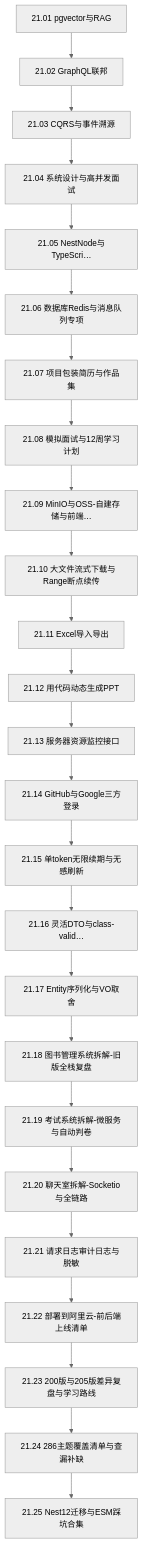
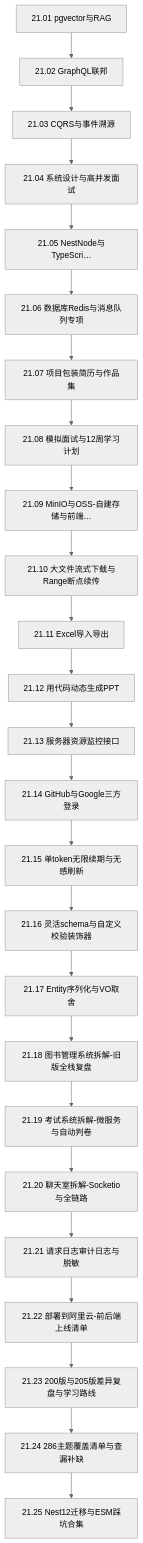
One commit to flylea/notes changed the diagram in docs/nest/book/ch-21-求职与补遗/_chapter.md. Above: the diagram before and after it, drawn with Mermaid (neutral theme). The commit also changed other lines of this file and 84 other files, not shown here.

First line of the commit message:
refactor(nest): migrate validation from class-validator to Standard Schema (zod 4)

````diff
--- a/docs/nest/book/ch-21-求职与补遗/_chapter.md
+++ b/docs/nest/book/ch-21-求职与补遗/_chapter.md
@@ -11,52 +11,52 @@
 ```mermaid
 flowchart TD
   s1["21.01 pgvector与RAG"]
   s2["21.02 GraphQL联邦"]
   s3["21.03 CQRS与事件溯源"]
   s4["21.04 系统设计与高并发面试"]
   s5["21.05 NestNode与TypeScri…"]
   s6["21.06 数据库Redis与消息队列专项"]
   s7["21.07 项目包装简历与作品集"]
   s8["21.08 模拟面试与12周学习计划"]
   s9["21.09 MinIO与OSS-自建存储与前端…"]
   s10["21.10 大文件流式下载与Range断点续传"]
   s11["21.11 Excel导入导出"]
   s12["21.12 用代码动态生成PPT"]
   s13["21.13 服务器资源监控接口"]
   s14["21.14 GitHub与Google三方登录"]
   s15["21.15 单token无限续期与无感刷新"]
-  s16["21.16 灵活DTO与class-valid…"]
+  s16["21.16 灵活schema与自定义校验装饰器"]
   s17["21.17 Entity序列化与VO取舍"]
   s18["21.18 图书管理系统拆解-旧版全栈复盘"]
   s19["21.19 考试系统拆解-微服务与自动判卷"]
   s20["21.20 聊天室拆解-Socketio与全链路"]
   s21["21.21 请求日志审计日志与脱敏"]
   s22["21.22 部署到阿里云-前后端上线清单"]
   s23["21.23 200版与205版差异复盘与学习路线"]
   s24["21.24 286主题覆盖清单与查漏补缺"]
   s25["21.25 Nest12迁移与ESM踩坑合集"]
   s1 --> s2
   s2 --> s3
   s3 --> s4
   s4 --> s5
   s5 --> s6
   s6 --> s7
   s7 --> s8
   s8 --> s9
   s9 --> s10
   s10 --> s11
   s11 --> s12
   s12 --> s13
   s13 --> s14
   s14 --> s15
   s15 --> s16
   s16 --> s17
   s17 --> s18
   s18 --> s19
   s19 --> s20
   s20 --> s21
   s21 --> s22
   s22 --> s23
   s23 --> s24
   s24 --> s25
 ```
````
